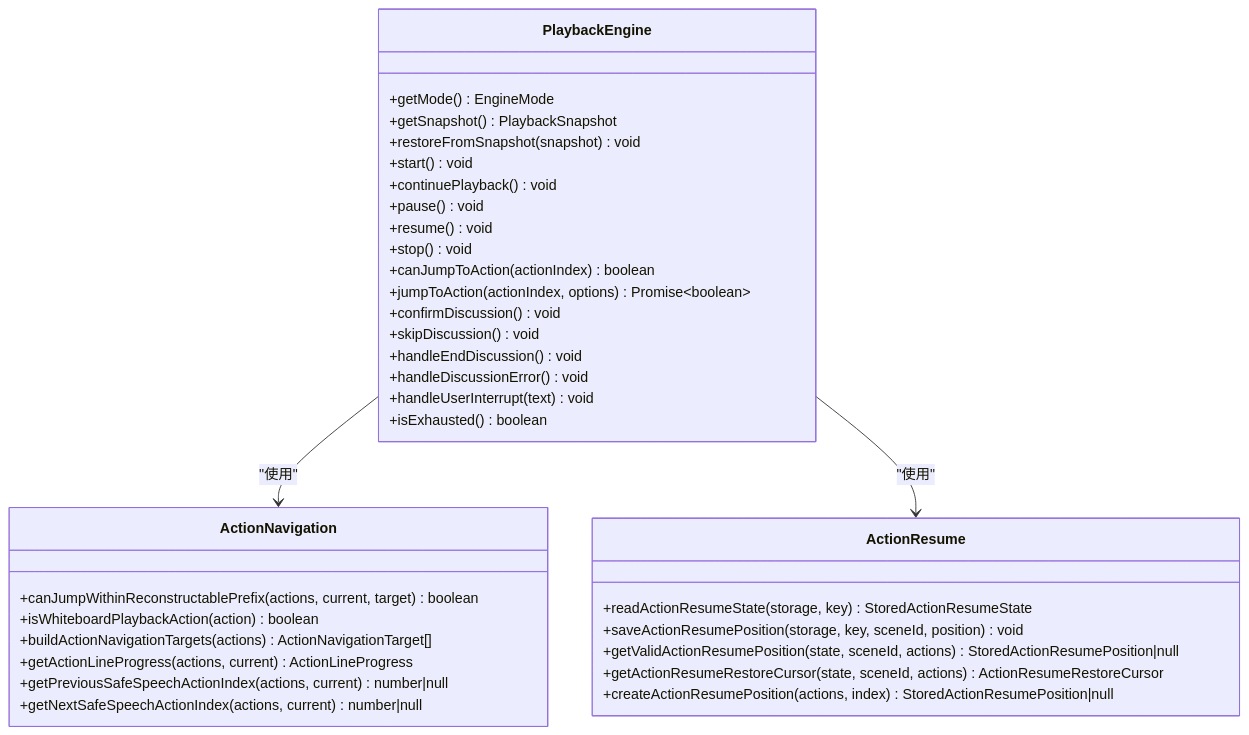
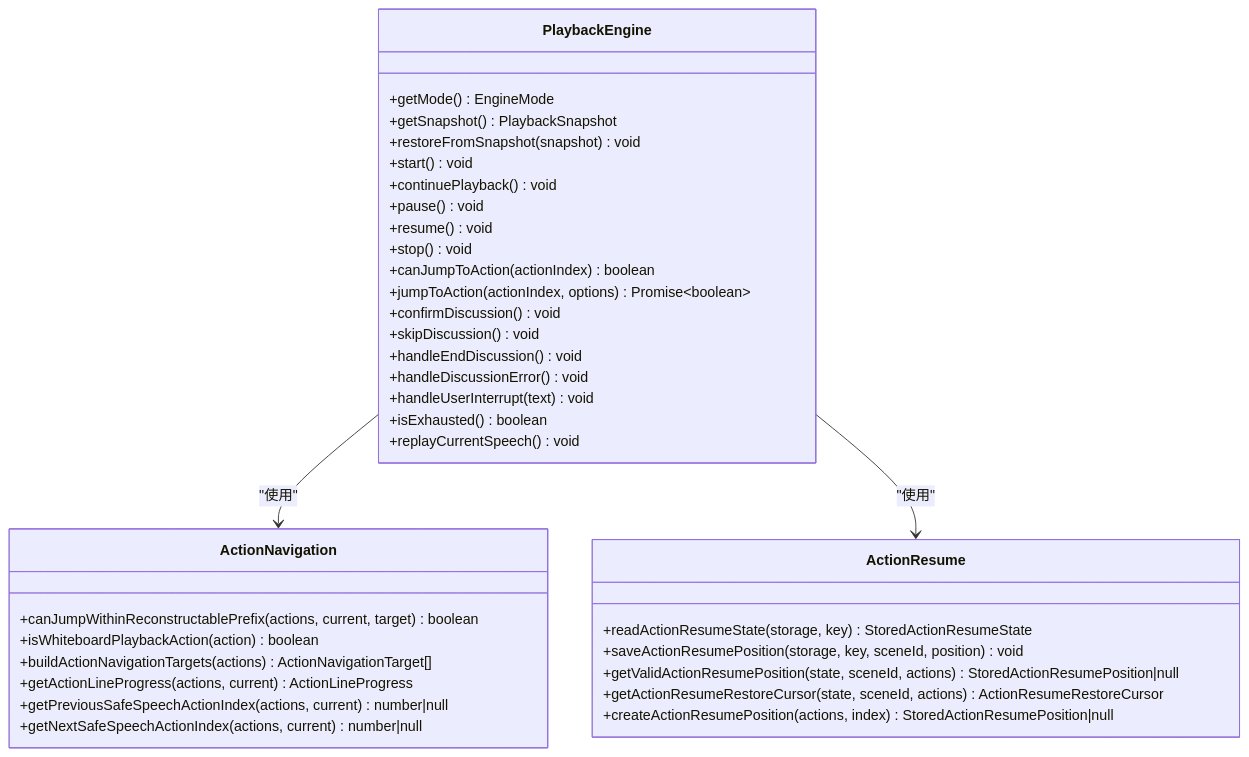
Before and after one commit to huangboheng/OpenMAIC: the second of 11 diagrams in .qoder/repowiki/zh/content/核心功能/播放引擎/播放引擎.md, drawn with Mermaid. The commit also changed other lines of this file and 12 other files, not shown here.

````diff
--- a/.qoder/repowiki/zh/content/核心功能/播放引擎/播放引擎.md
+++ b/.qoder/repowiki/zh/content/核心功能/播放引擎/播放引擎.md
@@ -110,38 +111,39 @@
 ```mermaid
 classDiagram
 class PlaybackEngine {
 +getMode() EngineMode
 +getSnapshot() PlaybackSnapshot
 +restoreFromSnapshot(snapshot) void
 +start() void
 +continuePlayback() void
 +pause() void
 +resume() void
 +stop() void
 +canJumpToAction(actionIndex) boolean
 +jumpToAction(actionIndex, options) Promise~boolean~
 +confirmDiscussion() void
 +skipDiscussion() void
 +handleEndDiscussion() void
 +handleDiscussionError() void
 +handleUserInterrupt(text) void
 +isExhausted() boolean
++replayCurrentSpeech() void
 }
 class ActionNavigation {
 +canJumpWithinReconstructablePrefix(actions, current, target) boolean
 +isWhiteboardPlaybackAction(action) boolean
 +buildActionNavigationTargets(actions) ActionNavigationTarget[]
 +getActionLineProgress(actions, current) ActionLineProgress
 +getPreviousSafeSpeechActionIndex(actions, current) number|null
 +getNextSafeSpeechActionIndex(actions, current) number|null
 }
 class ActionResume {
 +readActionResumeState(storage, key) StoredActionResumeState
 +saveActionResumePosition(storage, key, sceneId, position) void
 +getValidActionResumePosition(state, sceneId, actions) StoredActionResumePosition|null
 +getActionResumeRestoreCursor(state, sceneId, actions) ActionResumeRestoreCursor
 +createActionResumePosition(actions, index) StoredActionResumePosition|null
 }
 PlaybackEngine --> ActionNavigation : "使用"
 PlaybackEngine --> ActionResume : "使用"
 ```
````
